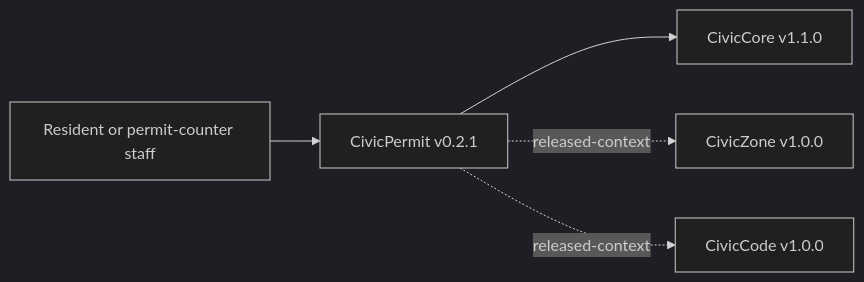
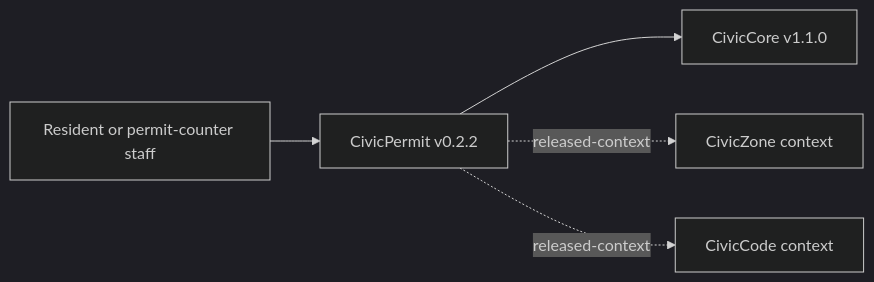
One commit to CivicSuite/civicpermit changed the diagram in USER-MANUAL.md. Above: the diagram before and after it, drawn with Mermaid (dark theme). The commit also changed other lines of this file and 12 other files, not shown here.

````diff
--- a/USER-MANUAL.md
+++ b/USER-MANUAL.md
@@ -43,7 +43,7 @@
 ```mermaid
 flowchart LR
-  PublicUser["Resident or permit-counter staff"] --> CivicPermit["CivicPermit v0.2.1"]
+  PublicUser["Resident or permit-counter staff"] --> CivicPermit["CivicPermit v0.2.2"]
   CivicPermit --> CivicCore["CivicCore v1.1.0"]
-  CivicPermit -. released-context .-> CivicZone["CivicZone v1.0.0"]
-  CivicPermit -. released-context .-> CivicCode["CivicCode v1.0.0"]
+  CivicPermit -. released-context .-> CivicZone["CivicZone context"]
+  CivicPermit -. released-context .-> CivicCode["CivicCode context"]
 ```
````
